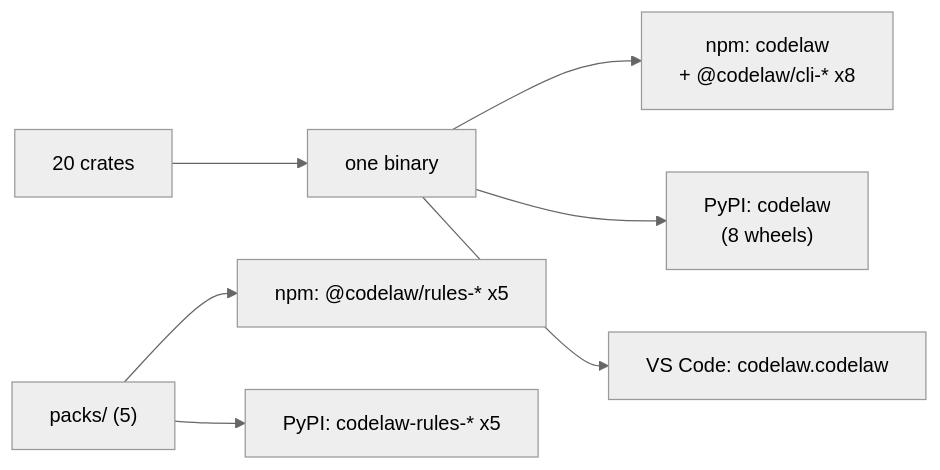
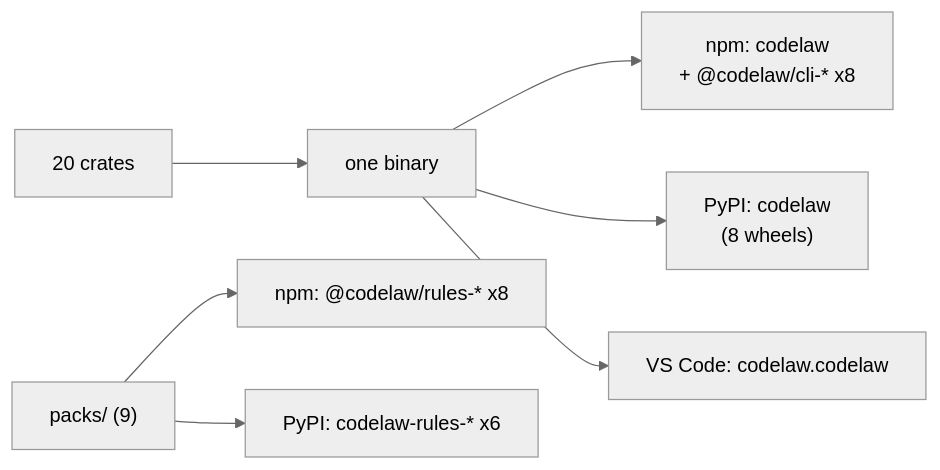
One commit to arpitarya/codelaw changed the diagram in records/0107_packages.md. Above: the diagram before and after it, drawn with Mermaid (neutral theme). The commit also changed other lines of this file and 149 other files, not shown here.

````diff
--- a/records/0107_packages.md
+++ b/records/0107_packages.md
@@ -46,9 +46,9 @@
 ```mermaid
 flowchart LR
     W["20 crates"] --> B["one binary"]
     B --> N["npm: codelaw<br/>+ @codelaw/cli-* x8"]
     B --> P["PyPI: codelaw<br/>(8 wheels)"]
     B --> V["VS Code: codelaw.codelaw"]
-    R["packs/ (5)"] --> NR["npm: @codelaw/rules-* x5"]
-    R --> PR["PyPI: codelaw-rules-* x5"]
+    R["packs/ (9)"] --> NR["npm: @codelaw/rules-* x8"]
+    R --> PR["PyPI: codelaw-rules-* x6"]
 ```
````
